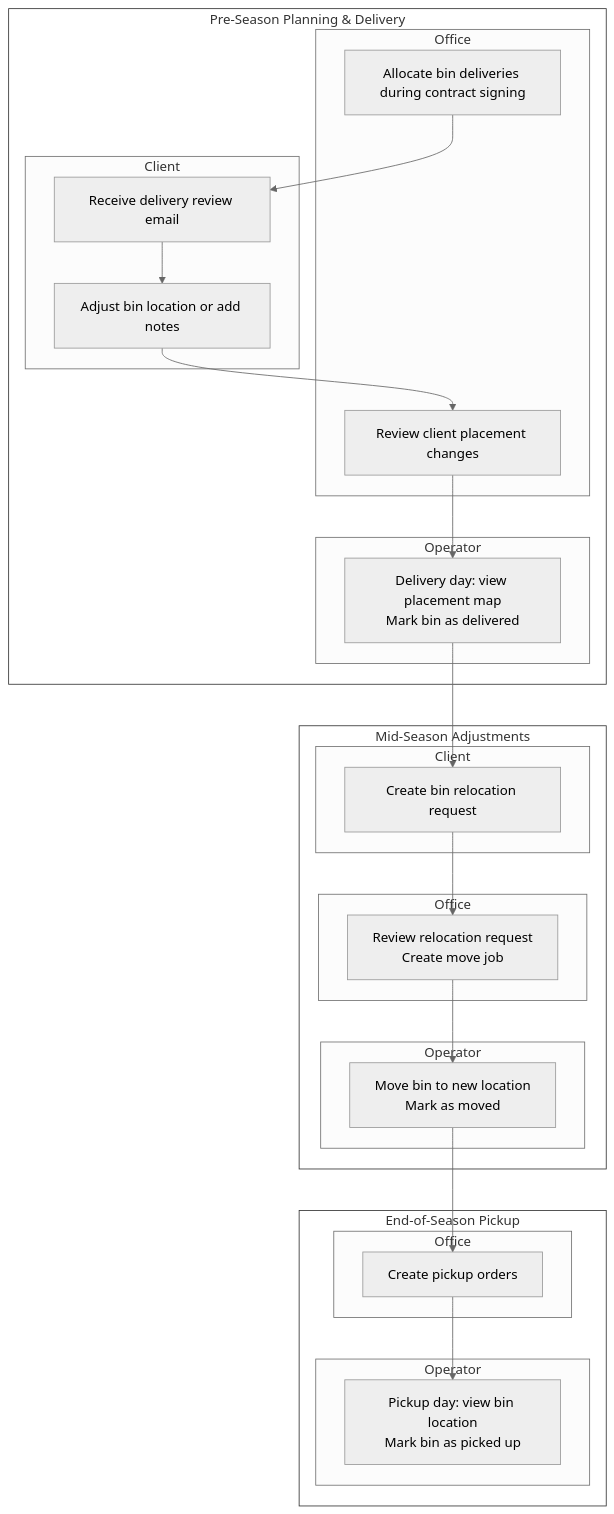
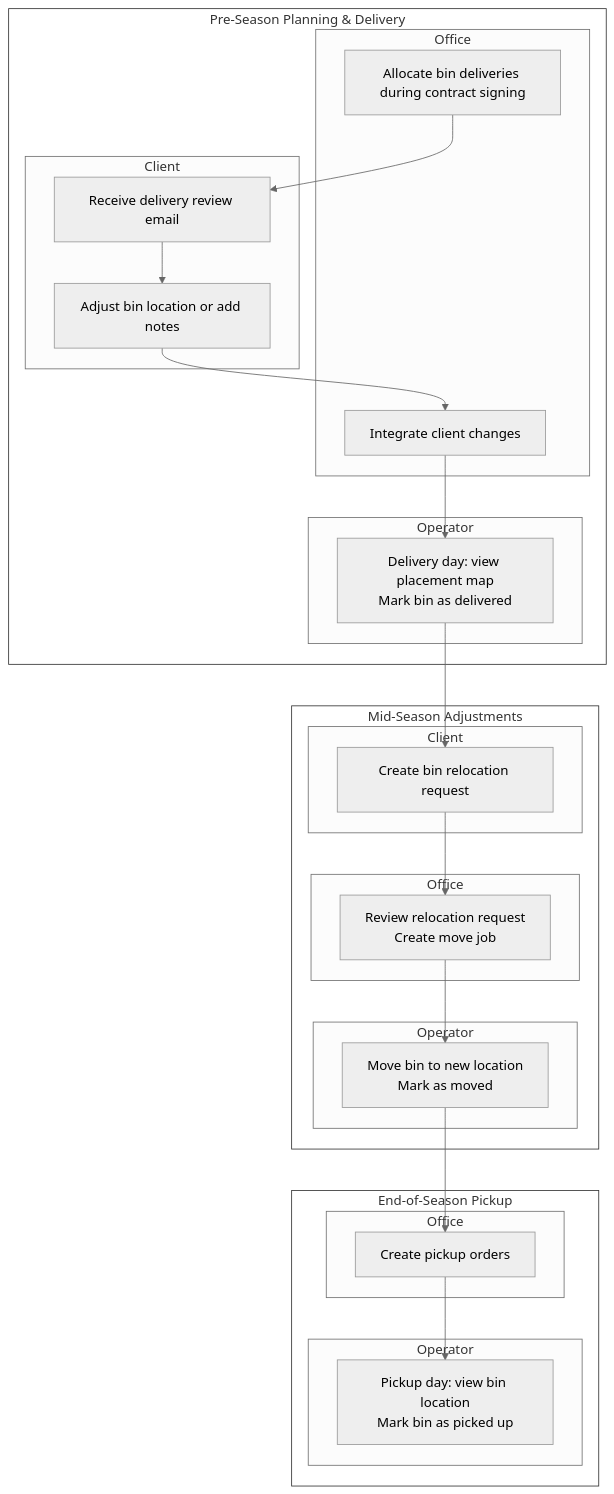
The second of 2 diagrams in src/content/case-studies/delivery-planning-system.mdx (ianmiddelkamp/personal-portfolio), drawn with Mermaid (neutral theme) before and after one commit. The commit also changed other lines of this file and 6 other files, not shown here.

````diff
--- a/src/content/case-studies/delivery-planning-system.mdx
+++ b/src/content/case-studies/delivery-planning-system.mdx
@@ -110,58 +106,58 @@
 ```mermaid
 flowchart TD
 
 
 subgraph PreSeason["Pre-Season Planning & Delivery"]
     subgraph Office1["Office"]
         A[Allocate bin deliveries during contract signing]
-        D[Review client placement changes]
+        D[Integrate client changes]
     end
 
     subgraph Client1["Client"]
         B[Receive delivery review email]
         C[Adjust bin location or add notes]
     end
 
     subgraph Operator1["Operator"]
         E[Delivery day: view placement map<br>Mark bin as delivered]
     end
 end
 
 subgraph MidSeason["Mid-Season Adjustments"]
     subgraph Client2["Client"]
         F[Create bin relocation request]
     end
 
     subgraph Office2["Office"]
         G[Review relocation request<br>Create move job]
     end
 
     subgraph Operator2["Operator"]
         H[Move bin to new location<br>Mark as moved]
     end
 end
 
 subgraph EndSeason["End-of-Season Pickup"]
     subgraph Office3["Office"]
         I[Create pickup orders]
     end
 
     subgraph Operator3["Operator"]
         J[Pickup day: view bin location<br>Mark bin as picked up]
     end
 end
 
 A --> B
 B --> C
 C --> D
 D --> E
 E --> F
 F --> G
 G --> H
 H --> I
 I --> J
 
 classDef outline fill:none,stroke:#333,stroke-width:1px;
 class PreSeason,MidSeason,EndSeason outline;
 
 ```
````
